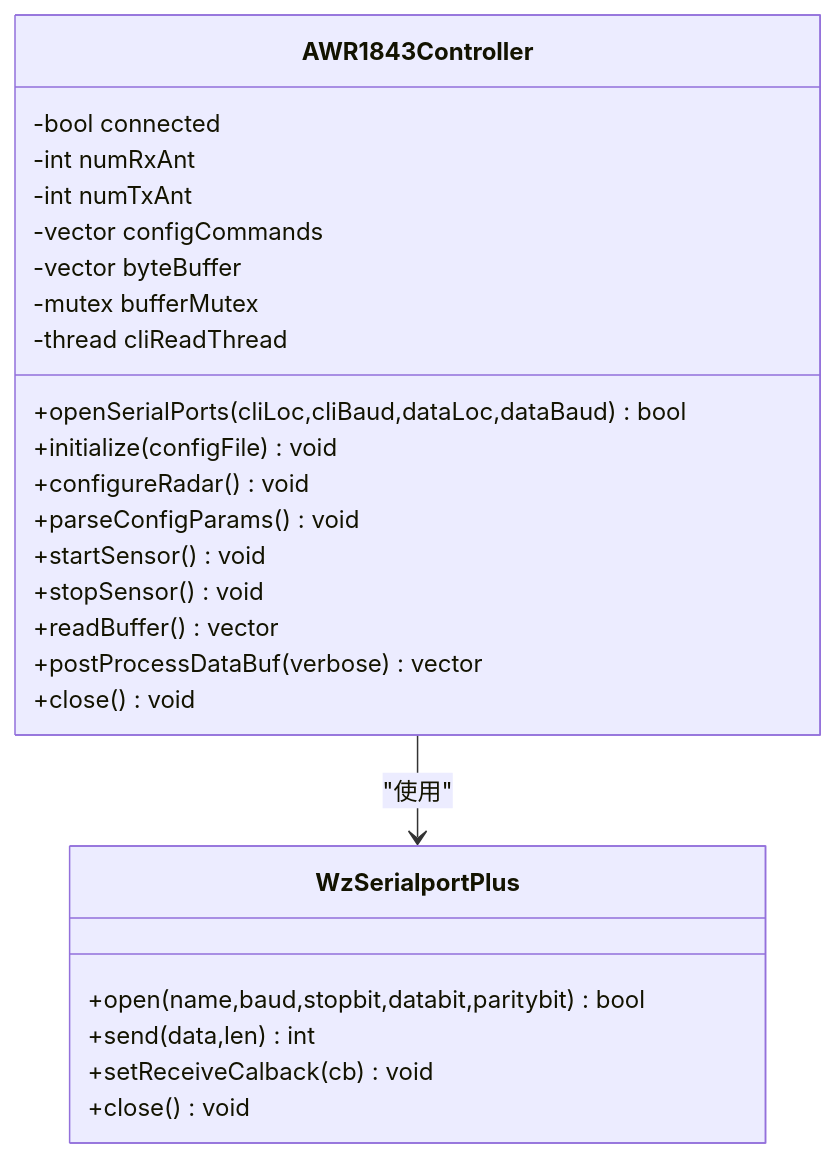
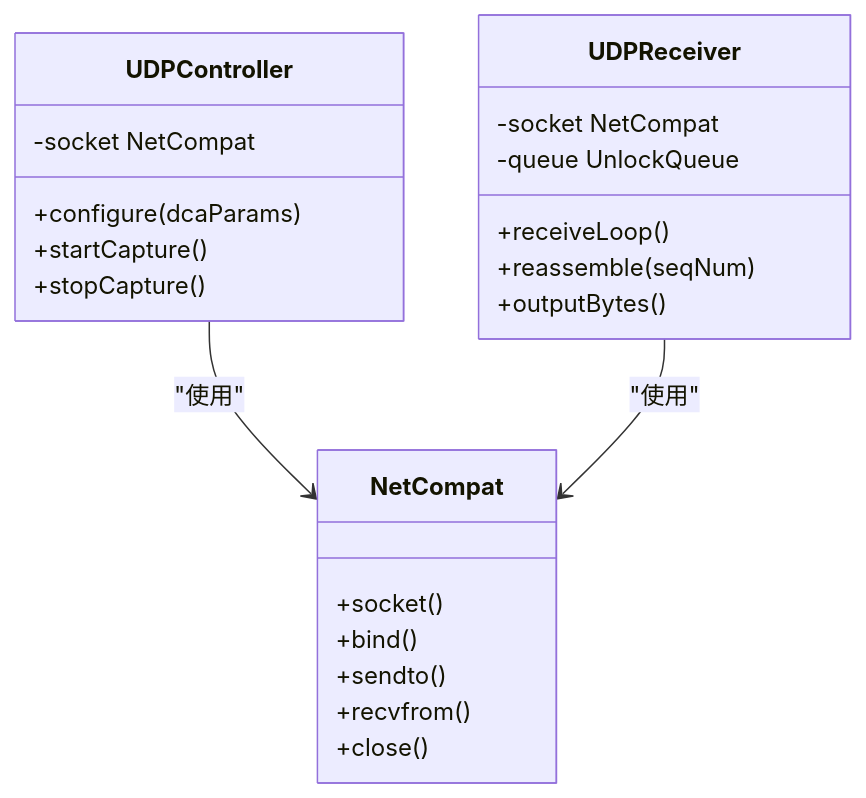
Before and after one commit to Lukad77/awr1843-radar-toolkit: the third of 6 diagrams in .qoder/repowiki/zh/content/项目概述与整体架构.md, drawn with Mermaid. The commit also changed other lines of this file and 106 other files, not shown here.

````diff
--- a/.qoder/repowiki/zh/content/项目概述与整体架构.md
+++ b/.qoder/repowiki/zh/content/项目概述与整体架构.md
@@ -173,28 +160,25 @@
 ```mermaid
 classDiagram
-class AWR1843Controller {
--bool connected
--int numRxAnt
--int numTxAnt
--vector<string> configCommands
--vector<uint8_t> byteBuffer
--mutex bufferMutex
--thread cliReadThread
-+openSerialPorts(cliLoc,cliBaud,dataLoc,dataBaud) bool
-+initialize(configFile) void
-+configureRadar() void
-+parseConfigParams() void
-+startSensor() void
-+stopSensor() void
-+readBuffer() vector<uint8_t>
-+postProcessDataBuf(verbose) vector<ProcessedFrame>
-+close() void
+class NetCompat {
++socket()
++bind()
++sendto()
++recvfrom()
++close()
 }
-class WzSerialportPlus {
-+open(name,baud,stopbit,databit,paritybit) bool
-+send(data,len) int
-+setReceiveCalback(cb) void
-+close() void
+class UDPController {
+-socket NetCompat
++configure(dcaParams)
++startCapture()
++stopCapture()
 }
-AWR1843Controller --> WzSerialportPlus : "使用"
+class UDPReceiver {
+-socket NetCompat
+-queue UnlockQueue
++receiveLoop()
++reassemble(seqNum)
++outputBytes()
+}
+UDPController --> NetCompat : "使用"
+UDPReceiver --> NetCompat : "使用"
 ```
````
